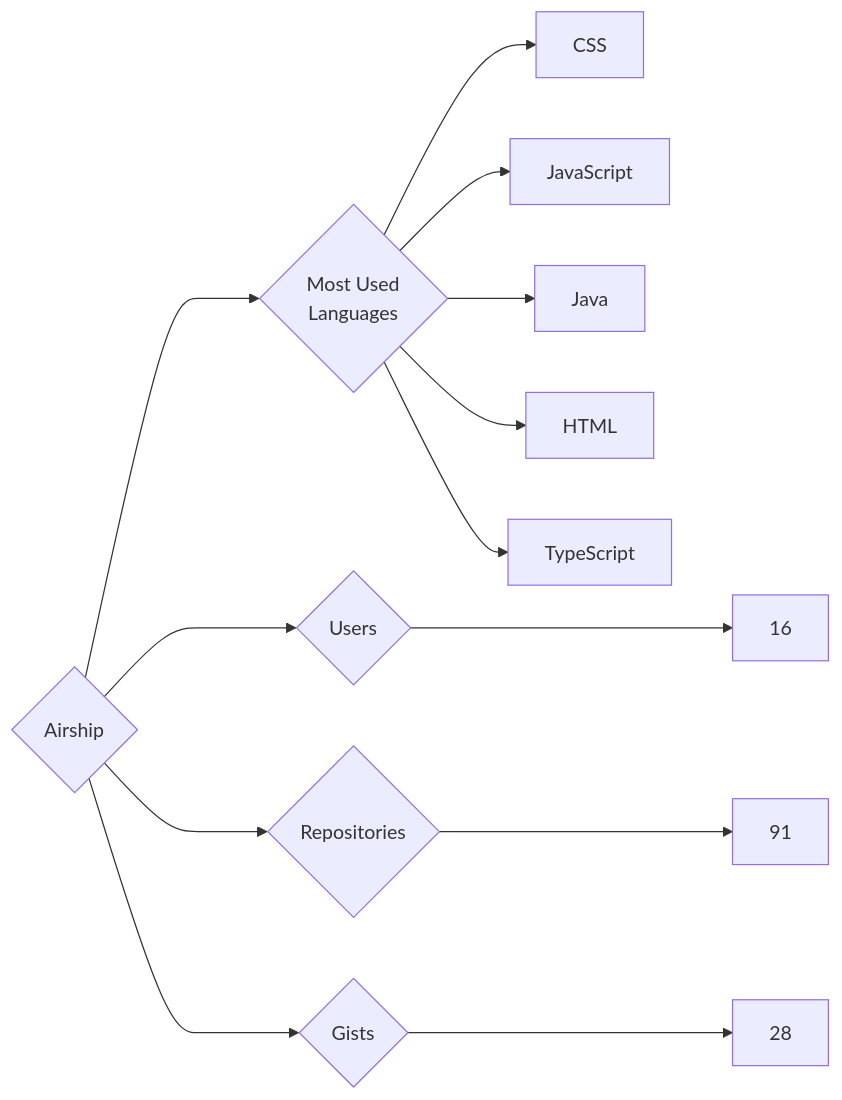
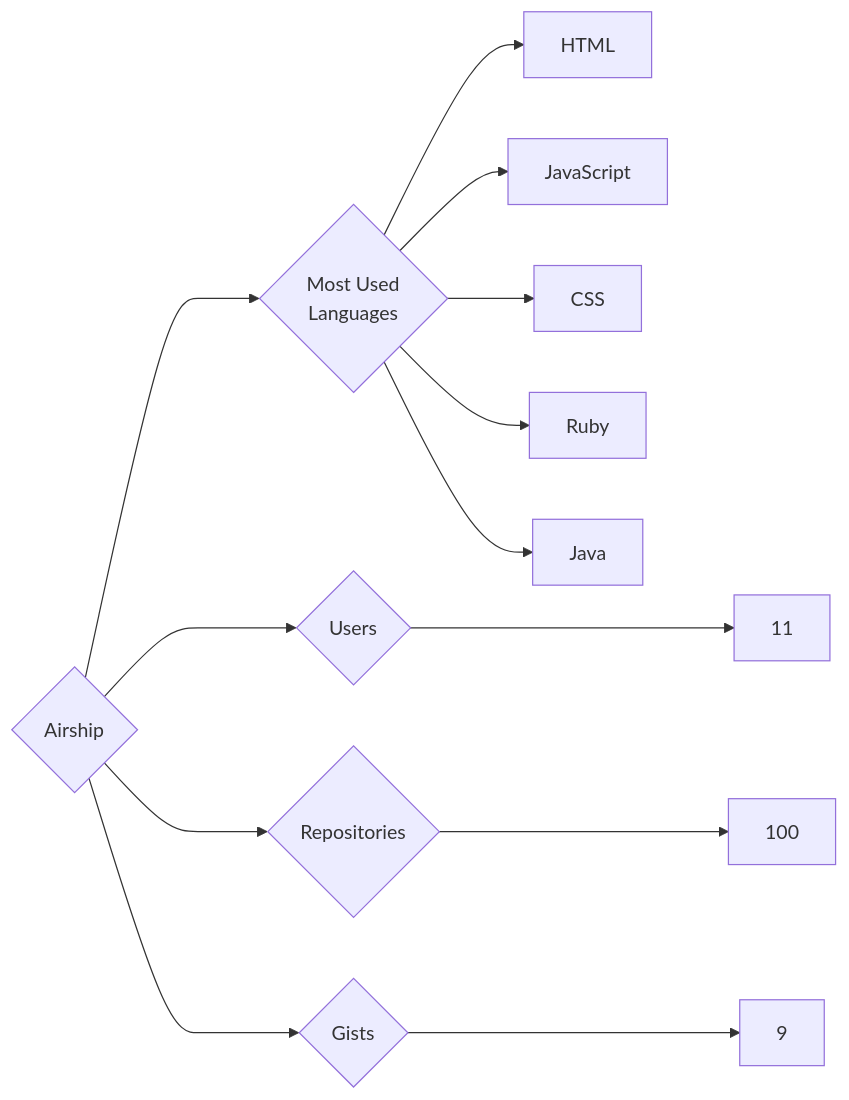
One commit to trickest/insiders changed the diagram in targets/Airship/README.md. Above: the diagram before and after it, drawn with Mermaid. The commit also changed 847 other files, not shown here.

````diff
--- a/targets/Airship/README.md
+++ b/targets/Airship/README.md
@@ -3,13 +3,13 @@
 ```mermaid
 graph LR
 COMPANY_NAME{Airship}
-COMPANY_NAME ---> U{Users} ---> UN[16]
-COMPANY_NAME ---> R{Repositories} ---> RN[91]
-COMPANY_NAME ---> G{Gists} ---> GN[28]
+COMPANY_NAME ---> U{Users} ---> UN[11]
+COMPANY_NAME ---> R{Repositories} ---> RN[100]
+COMPANY_NAME ---> G{Gists} ---> GN[9]
 COMPANY_NAME ---> ML{Most Used<br>Languages}
+ML --> HTML[HTML]
+ML --> JavaScript[JavaScript]
 ML --> CSS[CSS]
-ML --> JavaScript[JavaScript]
+ML --> Ruby[Ruby]
 ML --> Java[Java]
-ML --> HTML[HTML]
-ML --> TypeScript[TypeScript]
 ```
````
